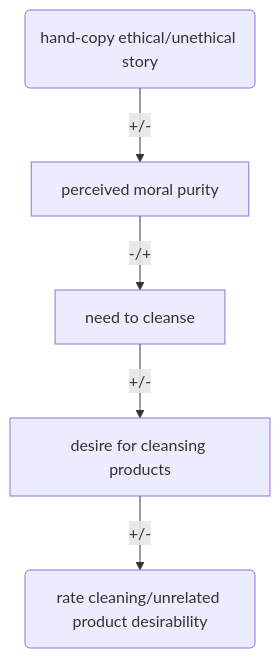
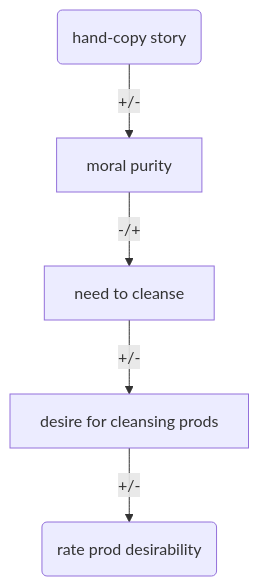
One commit to psu-psychology/psych-490-reproducibility-2024-fall changed the third of 4 diagrams in src/notes/wk04-2024-09-18-replication-lady-macbeth.qmd. Above: the diagram before and after it, drawn with Mermaid. The commit also changed other lines of this file and 6 other files, not shown here.

````diff
--- a/src/notes/wk04-2024-09-18-replication-lady-macbeth.qmd
+++ b/src/notes/wk04-2024-09-18-replication-lady-macbeth.qmd
@@ -226,9 +226,9 @@
 ```{mermaid}
 %%| label: fig-zhong-2006-study-2
 %%| fig-cap: "Concept diagram of @Zhong2006-nf Study 2"
 flowchart TD
-  A(hand-copy ethical/unethical story) -->|+/-| B[perceived moral purity]
+  A(hand-copy story) -->|+/-| B[moral purity]
   B -->|-/+| E[need to cleanse]
-  E -->|+/-| C[desire for cleansing products]
-  C -->|+/-| D(rate cleaning/unrelated product desirability)
+  E -->|+/-| C[desire for cleansing prods]
+  C -->|+/-| D(rate prod desirability)
 ```
````
